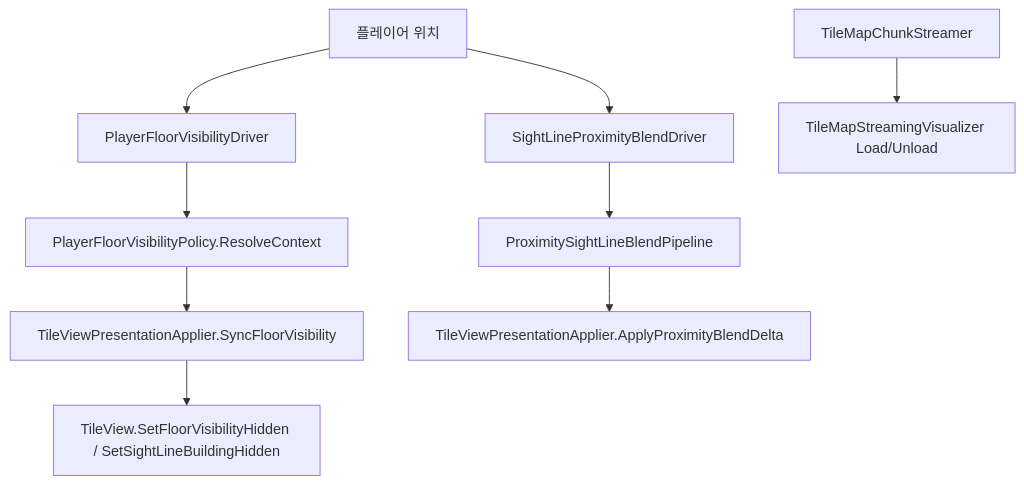
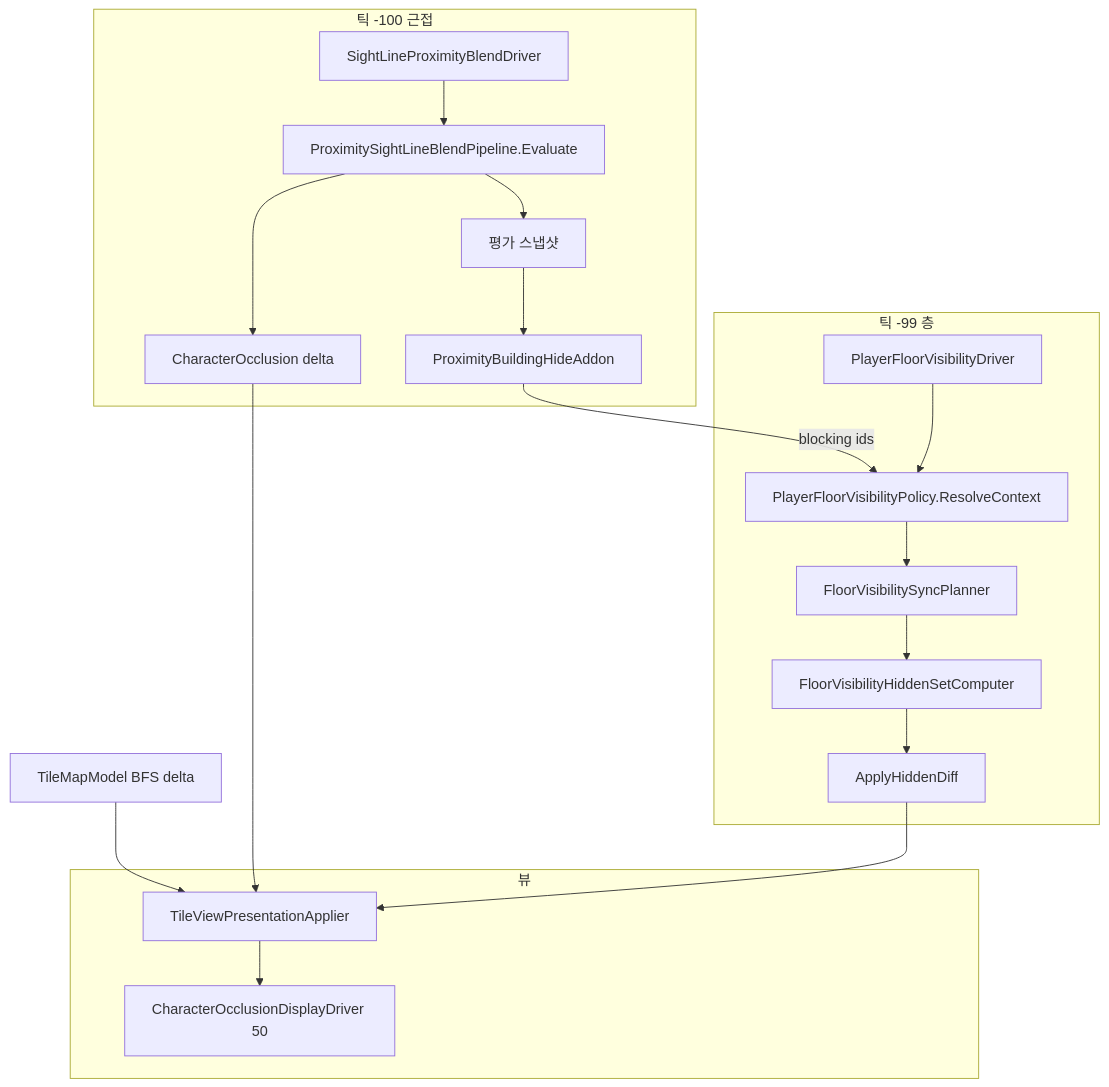
One commit to garunnir/Project_Pictureless changed the fourth of 4 diagrams in Assets/Dist/Scripts/Map/TileMap/TILEMAP_VISIBILITY.md. Above: the diagram before and after it, drawn with Mermaid. The commit also changed other lines of this file and 76 other files, not shown here.

First line of the commit message:
TileMap: add building-bake, visibility & docs

````diff
--- a/Assets/Dist/Scripts/Map/TileMap/TILEMAP_VISIBILITY.md
+++ b/Assets/Dist/Scripts/Map/TileMap/TILEMAP_VISIBILITY.md
@@ -36,13 +225,34 @@
 ```mermaid
 flowchart TD
-    Player[플레이어 위치] --> Driver[PlayerFloorVisibilityDriver]
-    Driver --> Policy[PlayerFloorVisibilityPolicy.ResolveContext]
-    Policy --> Applier[TileViewPresentationApplier.SyncFloorVisibility]
-    Applier --> View[TileView.SetFloorVisibilityHidden / SetSightLineBuildingHidden]
-
-    Player --> BlendDriver[SightLineProximityBlendDriver]
-    BlendDriver --> ProxPipe[ProximitySightLineBlendPipeline]
-    ProxPipe --> ApplierOccl[TileViewPresentationApplier.ApplyProximityBlendDelta]
-
-    Chunk[TileMapChunkStreamer] --> Stream[TileMapStreamingVisualizer Load/Unload]
+    subgraph prox [틱 -100 근접]
+        ProxDriver[SightLineProximityBlendDriver]
+        Evaluate[ProximitySightLineBlendPipeline.Evaluate]
+        Snapshot[평가 스냅샷]
+        Addon[ProximityBuildingHideAddon]
+        ProxDelta[CharacterOcclusion delta]
+    end
+    subgraph floor [틱 -99 층]
+        FloorDriver[PlayerFloorVisibilityDriver]
+        Policy[PlayerFloorVisibilityPolicy.ResolveContext]
+        Planner[FloorVisibilitySyncPlanner]
+        Compute[FloorVisibilityHiddenSetComputer]
+        Diff[ApplyHiddenDiff]
+    end
+    subgraph view [뷰]
+        Applier[TileViewPresentationApplier]
+        Display[CharacterOcclusionDisplayDriver 50]
+    end
+    Bfs[TileMapModel BFS delta] --> Applier
+    ProxDriver --> Evaluate
+    Evaluate --> Snapshot
+    Evaluate --> ProxDelta
+    Snapshot --> Addon
+    Addon -->|blocking ids| Policy
+    ProxDelta --> Applier
+    FloorDriver --> Policy
+    Policy --> Planner
+    Planner --> Compute
+    Compute --> Diff
+    Diff --> Applier
+    Applier --> Display
 ```
````
